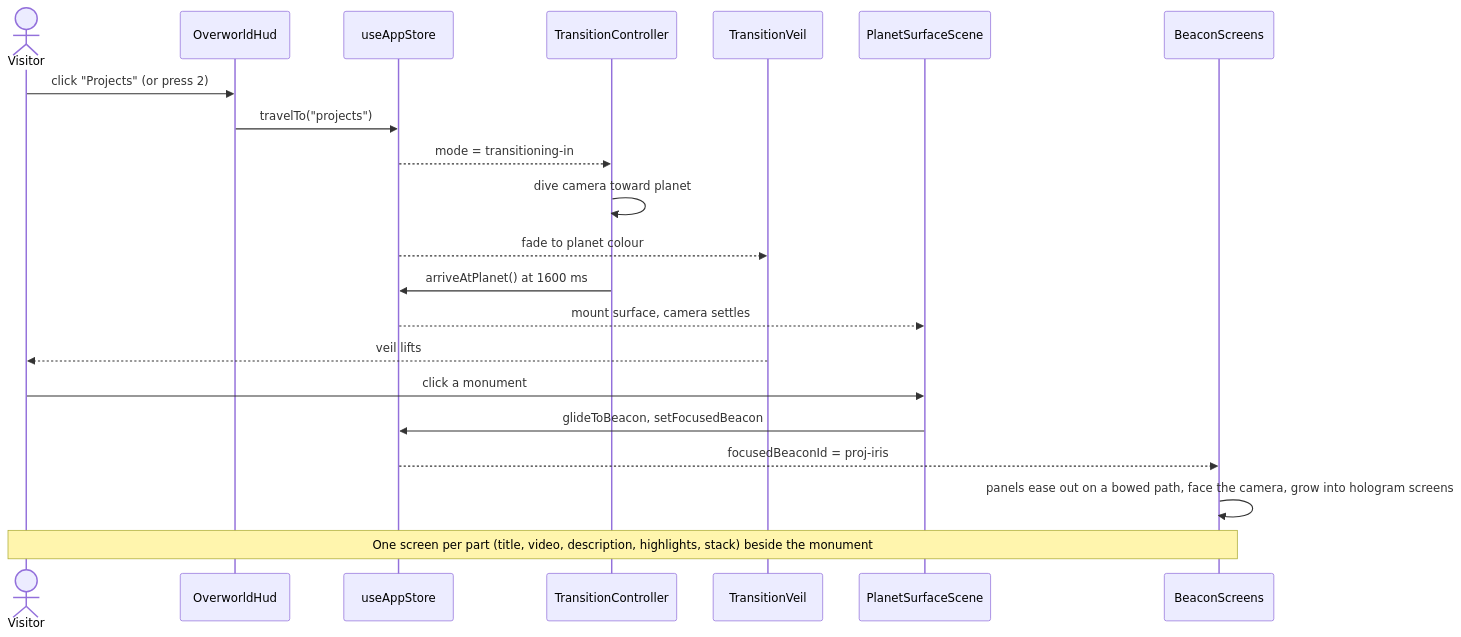
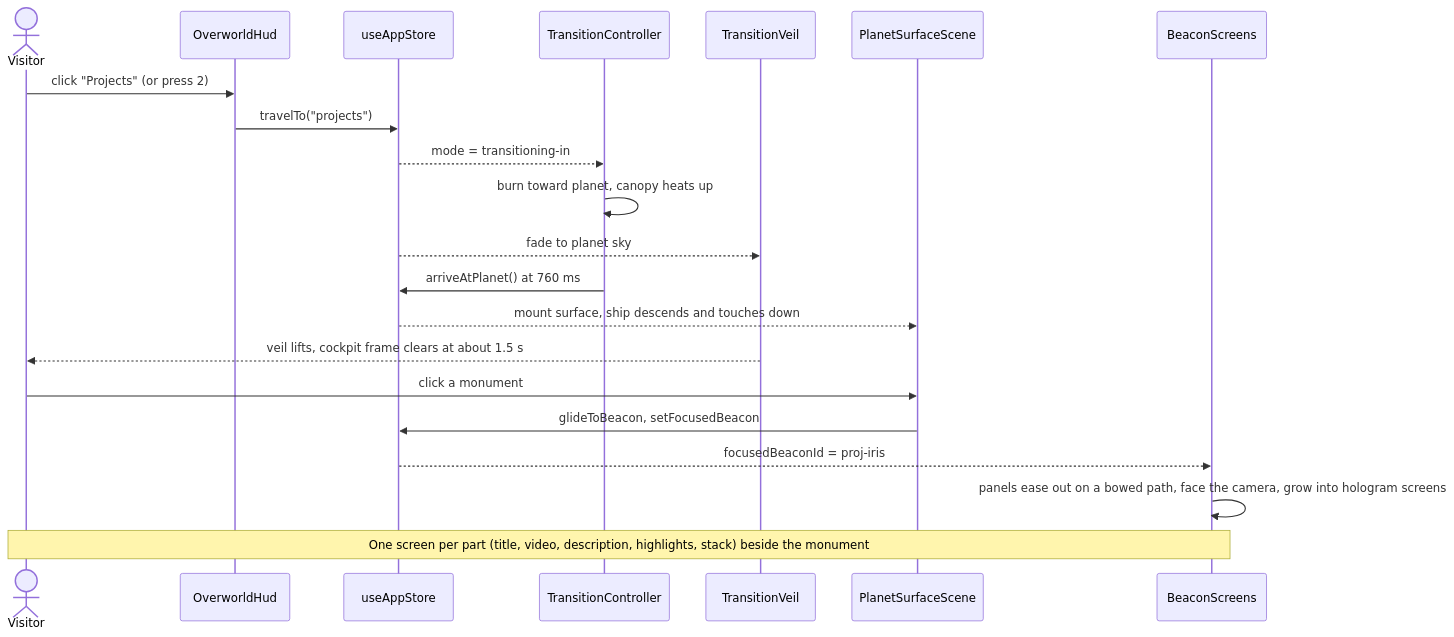
The second of 2 diagrams in README.md (teddycitrus/portfolio), drawn with Mermaid before and after one commit. The commit also changed other lines of this file and 20 other files, not shown here.

````diff
--- a/README.md
+++ b/README.md
@@ -66,23 +71,23 @@
 ```mermaid
 sequenceDiagram
   actor V as Visitor
   participant H as OverworldHud
   participant S as useAppStore
   participant T as TransitionController
   participant W as TransitionVeil
   participant P as PlanetSurfaceScene
   participant B as BeaconScreens
   V->>H: click "Projects" (or press 2)
   H->>S: travelTo("projects")
   S-->>T: mode = transitioning-in
-  T->>T: dive camera toward planet
-  S-->>W: fade to planet colour
-  T->>S: arriveAtPlanet() at 1600 ms
-  S-->>P: mount surface, camera settles
-  W-->>V: veil lifts
+  T->>T: burn toward planet, canopy heats up
+  S-->>W: fade to planet sky
+  T->>S: arriveAtPlanet() at 760 ms
+  S-->>P: mount surface, ship descends and touches down
+  W-->>V: veil lifts, cockpit frame clears at about 1.5 s
   V->>P: click a monument
   P->>S: glideToBeacon, setFocusedBeacon
   S-->>B: focusedBeaconId = proj-iris
   B->>B: panels ease out on a bowed path, face the camera, grow into hologram screens
   Note over V,B: One screen per part (title, video, description, highlights, stack) beside the monument
 ```
````
